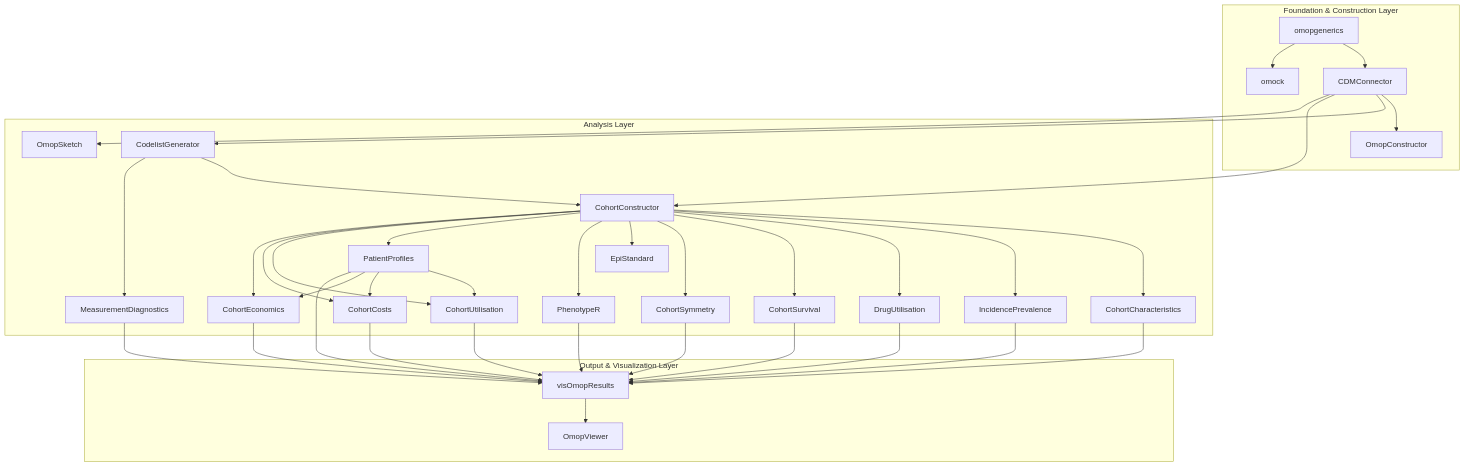
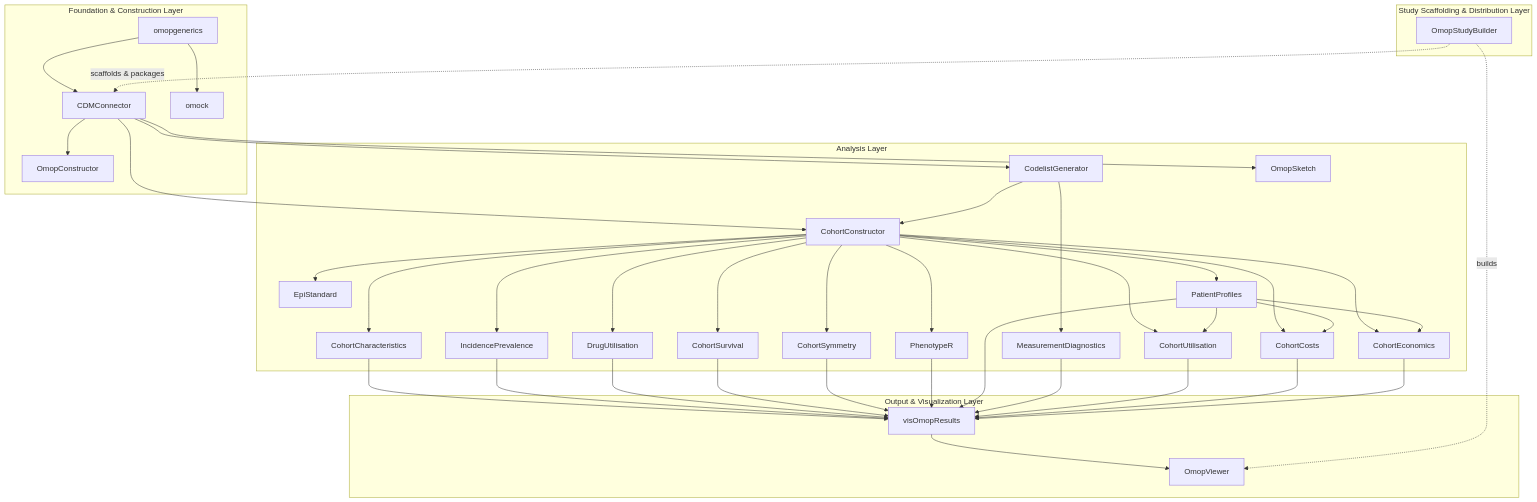
Before and after one commit to iomedhealth/OmopAnalyticsGuide: the diagram in docs/data_analysis/package_reference/index.md, drawn with Mermaid. The commit also changed other lines of this file and 5 other files, not shown here.

Commit message:
docs: add OmopStudyBuilder reference and integration

````diff
--- a/docs/data_analysis/package_reference/index.md
+++ b/docs/data_analysis/package_reference/index.md
@@ -38,45 +38,52 @@
 ```mermaid
 graph TB
+    subgraph "Study Scaffolding & Distribution Layer"
+        SB["OmopStudyBuilder"]
+    end
+
     subgraph "Foundation & Construction Layer"
         A["omopgenerics"] --> B["CDMConnector"]
         A --> C["omock"]
         B --> OC["OmopConstructor"]
     end
 
     subgraph "Analysis Layer"
         B --> D["CodelistGenerator"]
         B --> E["CohortConstructor"]
         B --> F["OmopSketch"]
         D --> E
         E --> G["CohortCharacteristics"]
         E --> H["IncidencePrevalence"]
         E --> I["DrugUtilisation"]
         E --> J["CohortSurvival"]
         E --> CSYM["CohortSymmetry"]
         E --> ES["EpiStandard"]
         E --> K["PhenotypeR"]
         D --> MD["MeasurementDiagnostics"]
         E --> M["PatientProfiles"]
         E --> N1["CohortUtilisation"]
         E --> N2["CohortCosts"]
         E --> N3["CohortEconomics"]
         M --> N1
         M --> N2
         M --> N3
     end
 
     subgraph "Output & Visualization Layer"
         G --> L["visOmopResults"]
         H --> L
         I --> L
         J --> L
         CSYM --> L
         K --> L
         M --> L
         MD --> L
         N1 --> L
         N2 --> L
         N3 --> L
         L --> OV["OmopViewer"]
     end
+
+    SB -. scaffolds & packages .-> B
+    SB -. builds .-> OV
 ```
````
